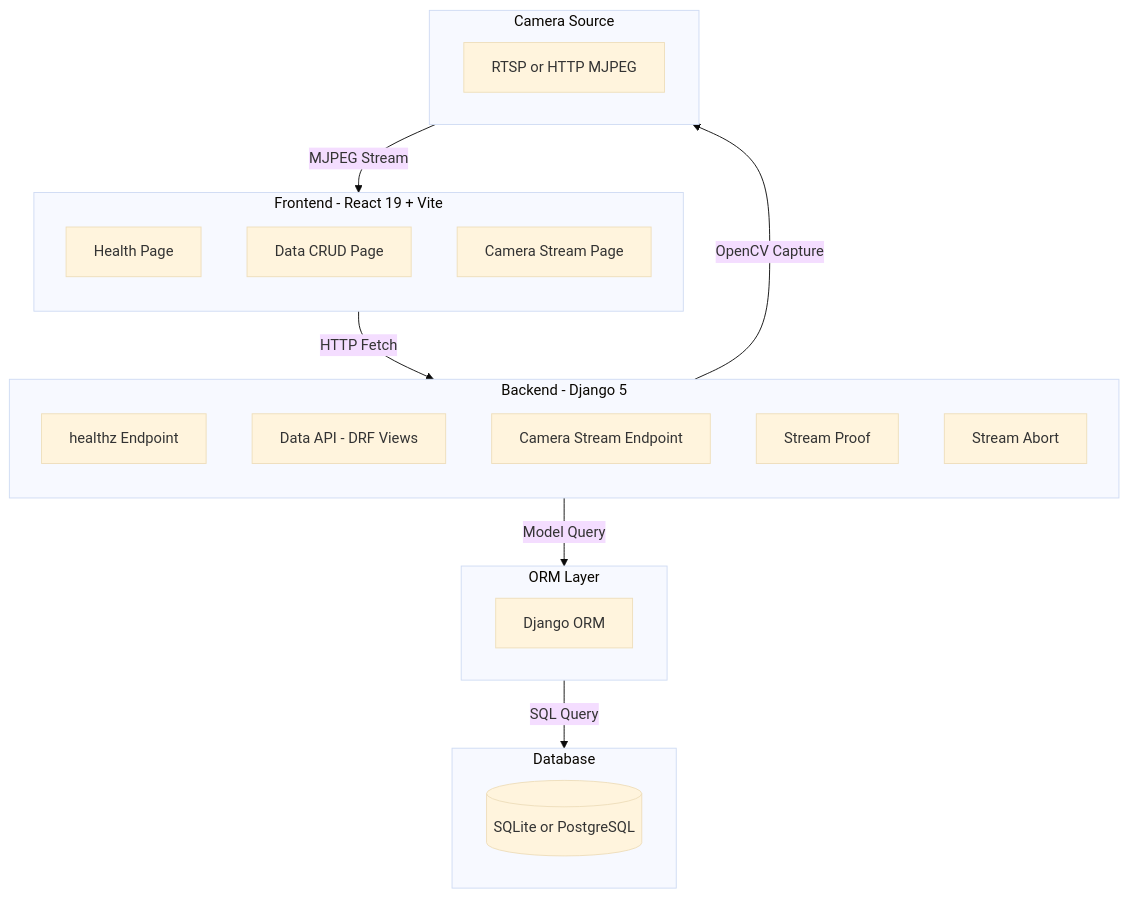
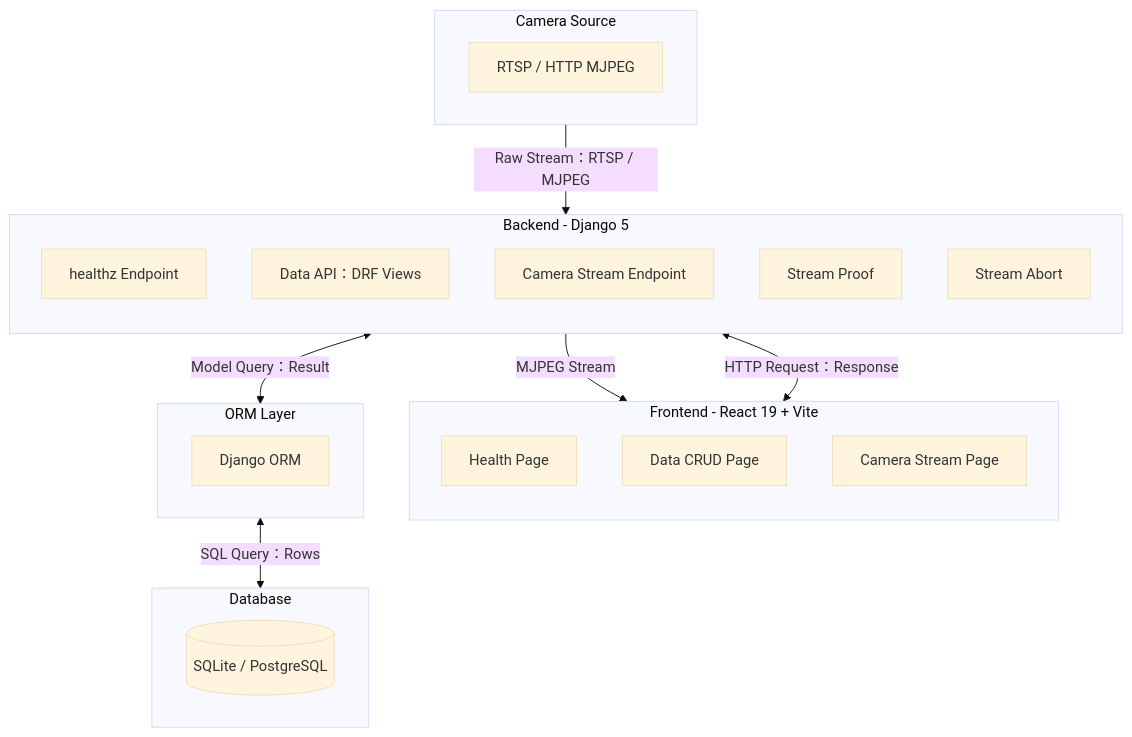
Before and after one commit to raylei50653/lab: the first of 5 diagrams in docs/system-report.md, drawn with Mermaid (base theme). The commit also changed other lines of this file, not shown here.

````diff
--- a/docs/system-report.md
+++ b/docs/system-report.md
@@ -15,60 +15,64 @@
 ```mermaid
 flowchart TB
 
-    %% ==================================================
-    %% Frontend (Top)
-    %% ==================================================
+    %% ================================================
+    %% Frontend
+    %% ================================================
     subgraph FE["Frontend - React 19 + Vite"]
         direction TB
         FE1["Health Page"]
         FE2["Data CRUD Page"]
         FE3["Camera Stream Page"]
     end
 
-    %% ==================================================
-    %% Backend (Middle)
-    %% ==================================================
+    %% ================================================
+    %% Backend
+    %% ================================================
     subgraph BE["Backend - Django 5"]
         direction TB
         BE1["healthz Endpoint"]
-        BE2["Data API - DRF Views"]
+        BE2["Data API：DRF Views"]
         BE3["Camera Stream Endpoint"]
         BE4["Stream Proof"]
         BE5["Stream Abort"]
     end
 
-    %% ==================================================
-    %% ORM Layer (Bottom Right)
-    %% ==================================================
+    %% ================================================
+    %% ORM
+    %% ================================================
     subgraph ORM["ORM Layer"]
         ORM1["Django ORM"]
     end
 
-    %% ==================================================
-    %% Database (Bottom Right)
-    %% ==================================================
+    %% ================================================
+    %% Database
+    %% ================================================
     subgraph DB["Database"]
-        DB1[(SQLite or PostgreSQL)]
+        DB1[(SQLite / PostgreSQL)]
     end
 
-    %% ==================================================
-    %% Camera Source (Bottom Left)
-    %% ==================================================
+    %% ================================================
+    %% Camera
+    %% ================================================
     subgraph CAM["Camera Source"]
-        CAM1["RTSP or HTTP MJPEG"]
+        CAM1["RTSP / HTTP MJPEG"]
     end
 
-    %% ==================================================
-    %% Main Top-to-Bottom Flow
-    %% ==================================================
-    FE -->|HTTP Fetch| BE
 
-    %% Backend → ORM → Database
-    BE -->|Model Query| ORM
-    ORM -->|SQL Query| DB
+    %% ================================================
+    %% Data Flow (Unified Style)
+    %% ================================================
 
-    %% Backend → Camera → Frontend
-    BE -->|OpenCV Capture| CAM
-    CAM -->|MJPEG Stream| FE
+    %% Frontend <--> Backend
+    FE <-->|HTTP Request：Response| BE
+
+    %% Backend <--> ORM <--> DB
+    BE <-->|Model Query：Result| ORM
+    ORM <-->|SQL Query：Rows| DB
+
+    %% Camera --> Backend --> Frontend
+    CAM -->|"Raw Stream：RTSP / MJPEG"| BE
+    BE -->|"MJPEG Stream"| FE
+
 
 ```
````
